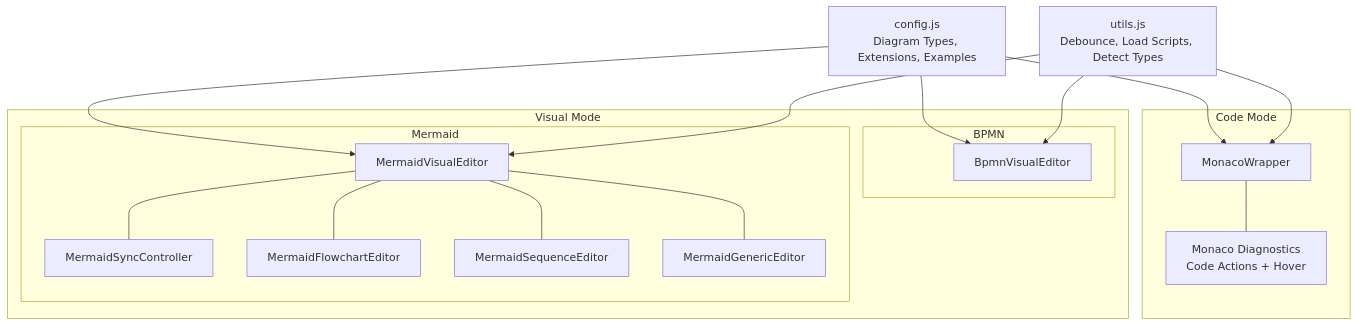
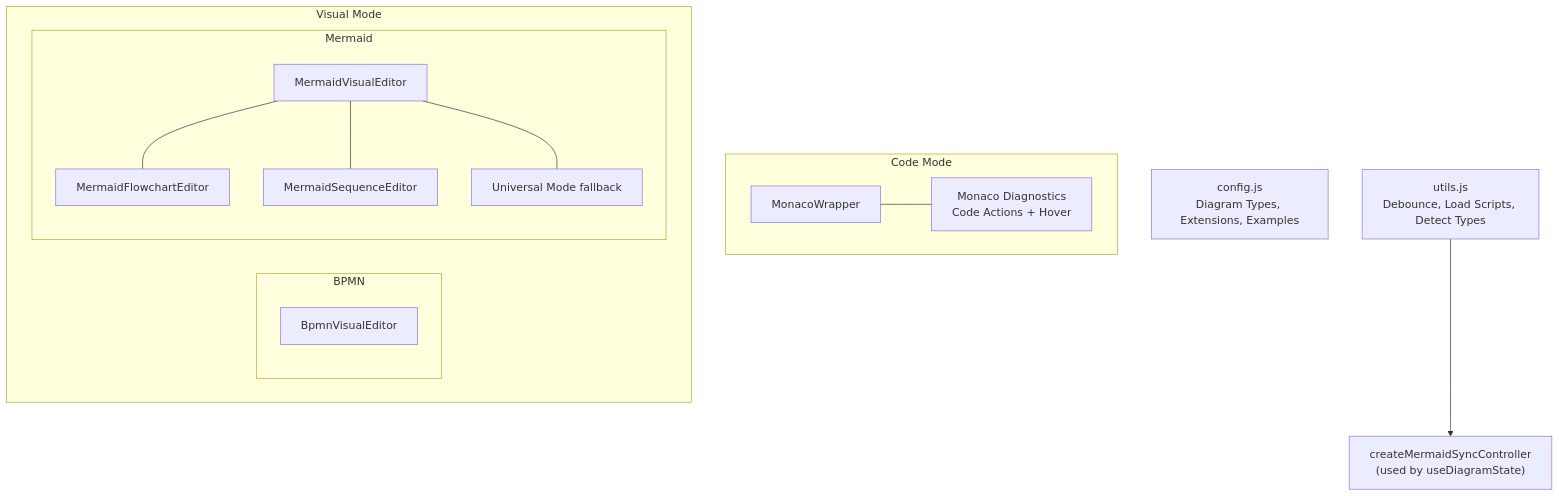
One commit to ongchonghian/universal-diagram-editor changed the second of 9 diagrams in .qoder/repowiki/en/content/Editor Architecture/Editor Architecture.md. Above: the diagram before and after it, drawn with Mermaid. The commit also changed other lines of this file and 31 other files, not shown here.

````diff
--- a/.qoder/repowiki/en/content/Editor Architecture/Editor Architecture.md
+++ b/.qoder/repowiki/en/content/Editor Architecture/Editor Architecture.md
@@ -111,32 +106,26 @@
 ```mermaid
 graph TB
 subgraph "Code Mode"
 M["MonacoWrapper"]
 MD["Monaco Diagnostics<br/>Code Actions + Hover"]
 end
 subgraph "Visual Mode"
 subgraph "BPMN"
 BVE["BpmnVisualEditor"]
 end
 subgraph "Mermaid"
 MVE["MermaidVisualEditor"]
-MSC["MermaidSyncController"]
 FCE["MermaidFlowchartEditor"]
 MSE["MermaidSequenceEditor"]
-MGE["MermaidGenericEditor"]
+MGE["Universal Mode fallback"]
 end
 end
+MSC["createMermaidSyncController<br/>(used by useDiagramState)"]
 CFG["config.js<br/>Diagram Types, Extensions, Examples"]
 UT["utils.js<br/>Debounce, Load Scripts, Detect Types"]
 M --- MD
-MVE --- MSC
 MVE --- FCE
 MVE --- MSE
 MVE --- MGE
-CFG --> M
-CFG --> BVE
-CFG --> MVE
-UT --> M
-UT --> BVE
-UT --> MVE
+UT --> MSC
 ```
````
